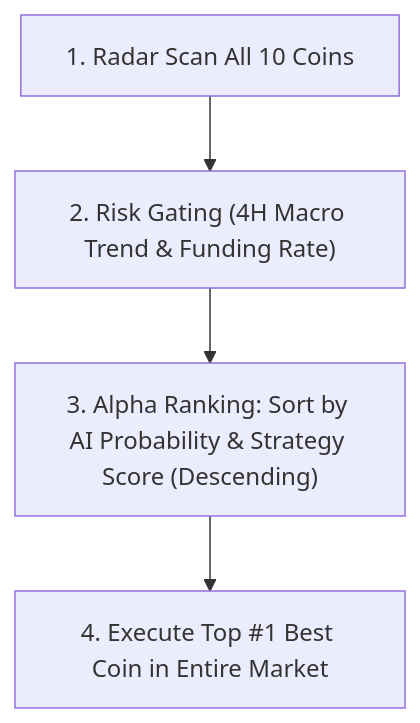
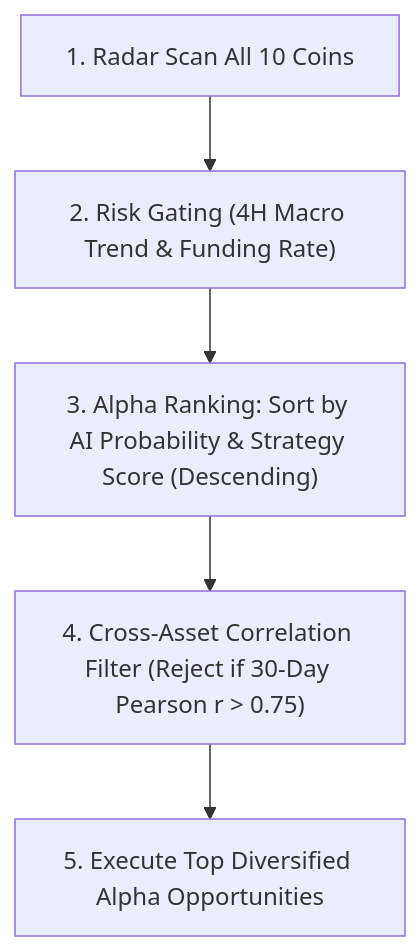
Before and after one commit to rajazain454/binance: the diagram in README.md, drawn with Mermaid. The commit also changed other lines of this file and 8 other files, not shown here.

Commit message:
feat: implement Stacking Ensemble (LightGBM+HistGradientBoosting), Cross-Asset Correlation Filter, and Chandelier Volatility Trailing Stops

````diff
--- a/README.md
+++ b/README.md
@@ -21,6 +29,7 @@
 ```mermaid
 graph TD
     A["1. Radar Scan All 10 Coins"] --> B["2. Risk Gating (4H Macro Trend & Funding Rate)"]
     B --> C["3. Alpha Ranking: Sort by AI Probability & Strategy Score (Descending)"]
-    C --> D["4. Execute Top #1 Best Coin in Entire Market"]
+    C --> D["4. Cross-Asset Correlation Filter (Reject if 30-Day Pearson r > 0.75)"]
+    D --> E["5. Execute Top Diversified Alpha Opportunities"]
 ```
````
